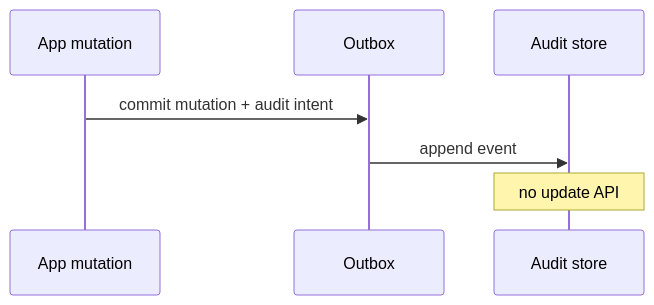
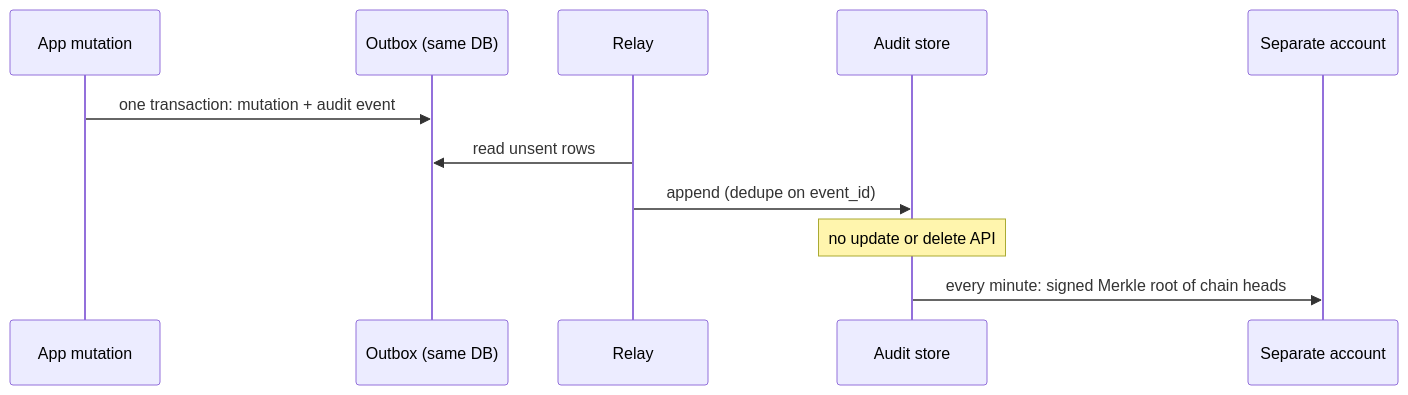
Before and after one commit to arunveersingh/faang-system-design-90-days: the diagram in days/76-audit-log.md, drawn with Mermaid. The commit also changed other lines of this file and 2 other files, not shown here.

Commit message:
Day 76: deepen audit log below the attempt barrier; add Day 76 social drafts

````diff
--- a/days/76-audit-log.md
+++ b/days/76-audit-log.md
@@ -96,9 +142,13 @@
 ```mermaid
 sequenceDiagram
   participant A as App mutation
-  participant O as Outbox
+  participant O as Outbox (same DB)
+  participant R as Relay
   participant L as Audit store
-  A->>O: commit mutation + audit intent
-  O->>L: append event
-  Note over L: no update API
+  participant X as Separate account
+  A->>O: one transaction: mutation + audit event
+  R->>O: read unsent rows
+  R->>L: append (dedupe on event_id)
+  Note over L: no update or delete API
+  L->>X: every minute: signed Merkle root of chain heads
 ```
````
